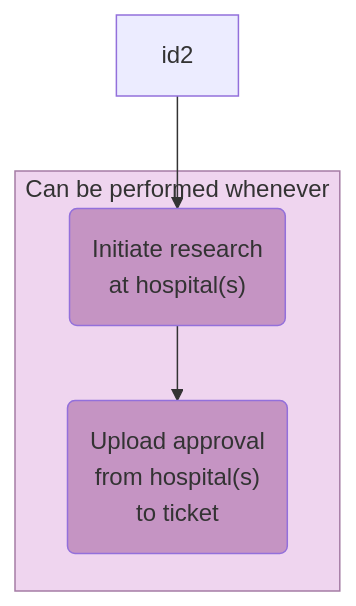
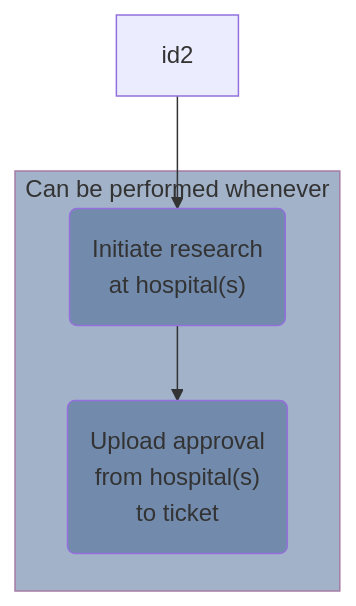
Before and after one commit to elan-dcc/elan-dcc.github.io: the diagram in charts/flowchart/hospital.mmd, drawn with Mermaid. The commit also changed 83 other files, not shown here.

```diff
--- a/charts/flowchart/hospital.mmd
+++ b/charts/flowchart/hospital.mmd
@@ -1,15 +1,15 @@
 flowchart TD
 subgraph external [Can be performed whenever]
     idC1("Initiate research
     at hospital(s)") --> idC2("Upload approval
     from hospital(s)
     to ticket")
 end
 
 id2 --> idC1
 
-style idC1 fill:#c594c3
-style idC2 fill:#c594c3
-style external fill:#efd5ef, stroke:#a57ca5
+style idC1 fill:#728bad
+style idC2 fill:#728bad
+style external fill:#a2b2c9, stroke:#a57ca5
 click idC1 "https://elan-dcc.github.io/researchers/researchhospital/" "Research at a hospital"
 click idC2 "https://elanresearch.nl" "ELAN research" _blank
```
